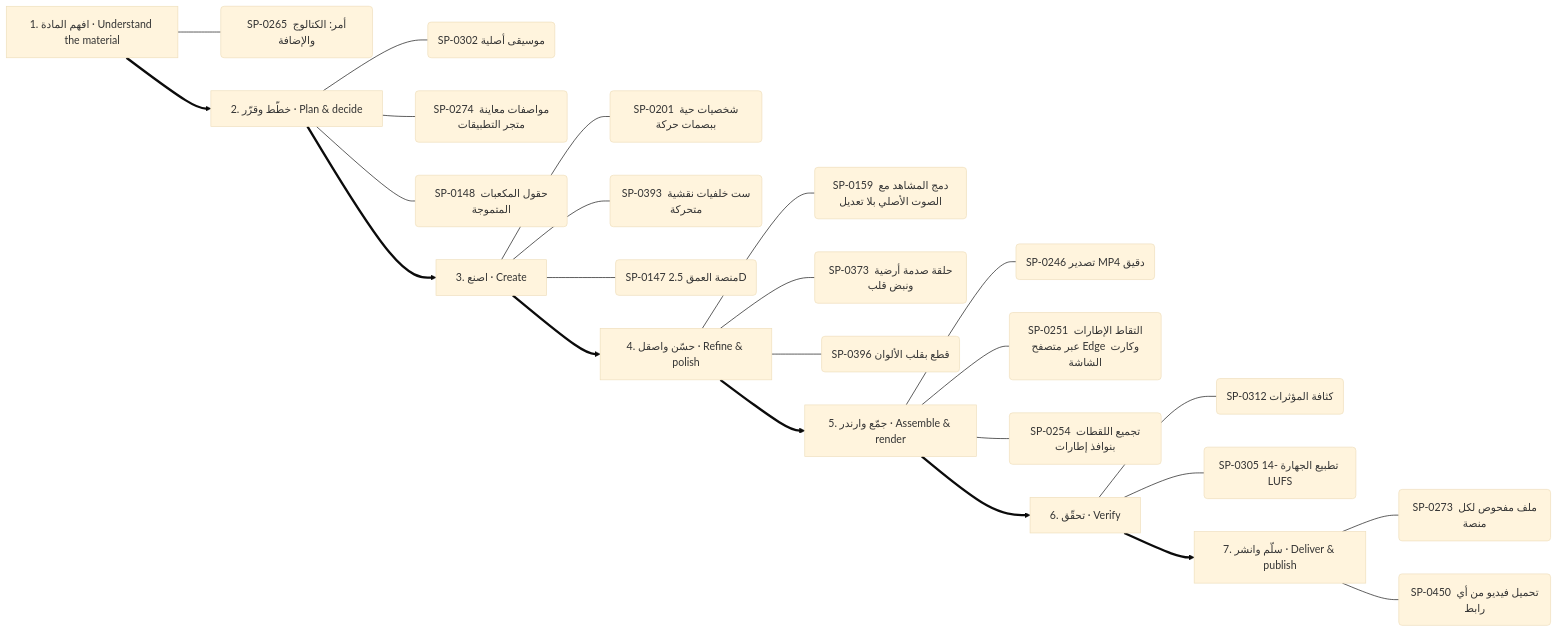
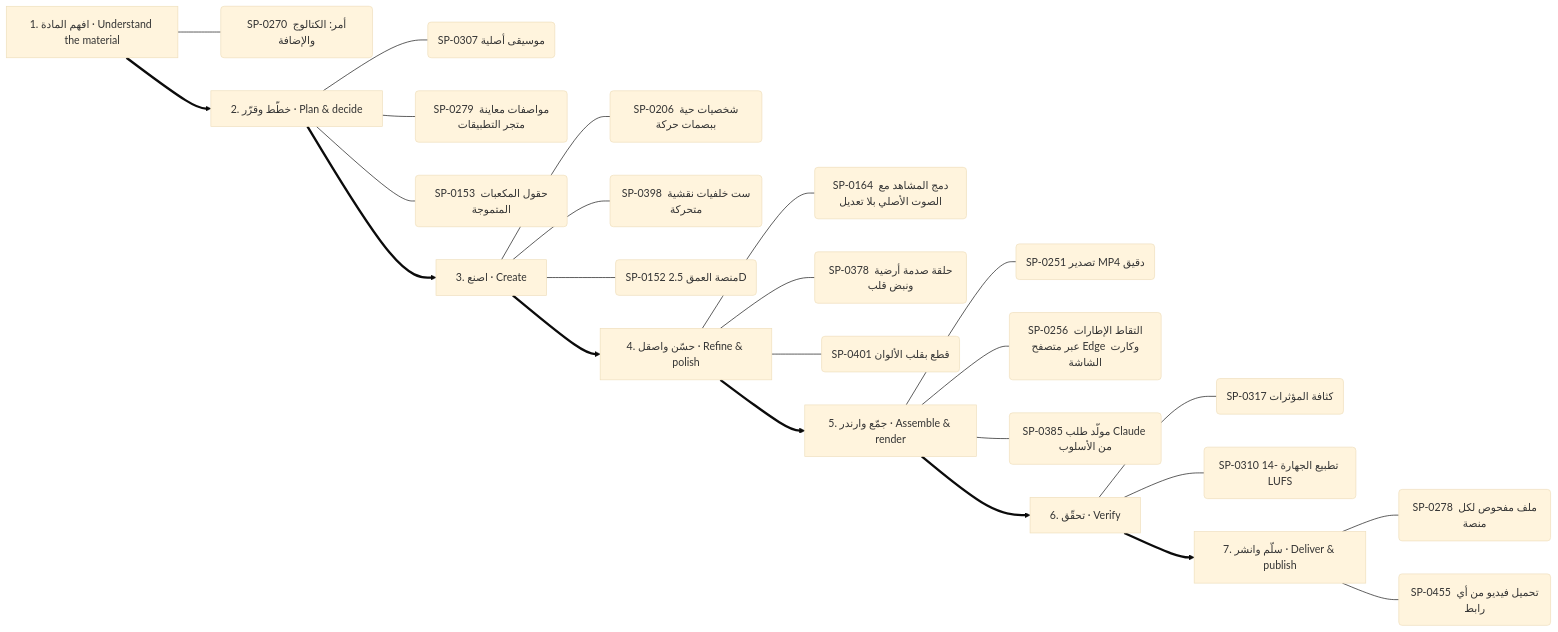
One commit to kosif199022-jpg/kosif-tool changed the fourth of 13 diagrams in .claude/skills/kosif-superpowers/references/capability-mindmap.md. Above: the diagram before and after it, drawn with Mermaid (base theme). The commit also changed other lines of this file and 376 other files, not shown here.

````diff
--- a/.claude/skills/kosif-superpowers/references/capability-mindmap.md
+++ b/.claude/skills/kosif-superpowers/references/capability-mindmap.md
@@ -225,33 +227,33 @@
 ```mermaid
 flowchart LR
   S0["1. افهم المادة · Understand the material"]
-  S0 --- S0_0("SP-0265 أمر: الكتالوج والإضافة")
+  S0 --- S0_0("SP-0270 أمر: الكتالوج والإضافة")
   S1["2. خطّط وقرّر · Plan & decide"]
-  S1 --- S1_0("SP-0302 موسيقى أصلية")
-  S1 --- S1_1("SP-0274 مواصفات معاينة متجر التطبيقات")
-  S1 --- S1_2("SP-0148 حقول المكعبات المتموجة")
+  S1 --- S1_0("SP-0307 موسيقى أصلية")
+  S1 --- S1_1("SP-0279 مواصفات معاينة متجر التطبيقات")
+  S1 --- S1_2("SP-0153 حقول المكعبات المتموجة")
   S0 ==> S1
   S2["3. اصنع · Create"]
-  S2 --- S2_0("SP-0201 شخصيات حية ببصمات حركة")
-  S2 --- S2_1("SP-0393 ست خلفيات نقشية متحركة")
-  S2 --- S2_2("SP-0147 منصة العمق 2.5D")
+  S2 --- S2_0("SP-0206 شخصيات حية ببصمات حركة")
+  S2 --- S2_1("SP-0398 ست خلفيات نقشية متحركة")
+  S2 --- S2_2("SP-0152 منصة العمق 2.5D")
   S1 ==> S2
   S3["4. حسّن واصقل · Refine & polish"]
-  S3 --- S3_0("SP-0159 دمج المشاهد مع الصوت الأصلي بلا تعديل")
-  S3 --- S3_1("SP-0373 حلقة صدمة أرضية ونبض قلب")
-  S3 --- S3_2("SP-0396 قطع بقلب الألوان")
+  S3 --- S3_0("SP-0164 دمج المشاهد مع الصوت الأصلي بلا تعديل")
+  S3 --- S3_1("SP-0378 حلقة صدمة أرضية ونبض قلب")
+  S3 --- S3_2("SP-0401 قطع بقلب الألوان")
   S2 ==> S3
   S4["5. جمّع وارندر · Assemble & render"]
-  S4 --- S4_0("SP-0246 تصدير MP4 دقيق")
-  S4 --- S4_1("SP-0251 التقاط الإطارات عبر متصفح Edge وكارت الشاشة")
-  S4 --- S4_2("SP-0254 تجميع اللقطات بنوافذ إطارات")
+  S4 --- S4_0("SP-0251 تصدير MP4 دقيق")
+  S4 --- S4_1("SP-0256 التقاط الإطارات عبر متصفح Edge وكارت الشاشة")
+  S4 --- S4_2("SP-0385 مولّد طلب Claude من الأسلوب")
   S3 ==> S4
   S5["6. تحقّق · Verify"]
-  S5 --- S5_0("SP-0312 كثافة المؤثرات")
-  S5 --- S5_1("SP-0305 تطبيع الجهارة -14 LUFS")
+  S5 --- S5_0("SP-0317 كثافة المؤثرات")
+  S5 --- S5_1("SP-0310 تطبيع الجهارة -14 LUFS")
   S4 ==> S5
   S6["7. سلّم وانشر · Deliver & publish"]
-  S6 --- S6_0("SP-0273 ملف مفحوص لكل منصة")
-  S6 --- S6_1("SP-0450 تحميل فيديو من أي رابط")
+  S6 --- S6_0("SP-0278 ملف مفحوص لكل منصة")
+  S6 --- S6_1("SP-0455 تحميل فيديو من أي رابط")
   S5 ==> S6
 ```
````
